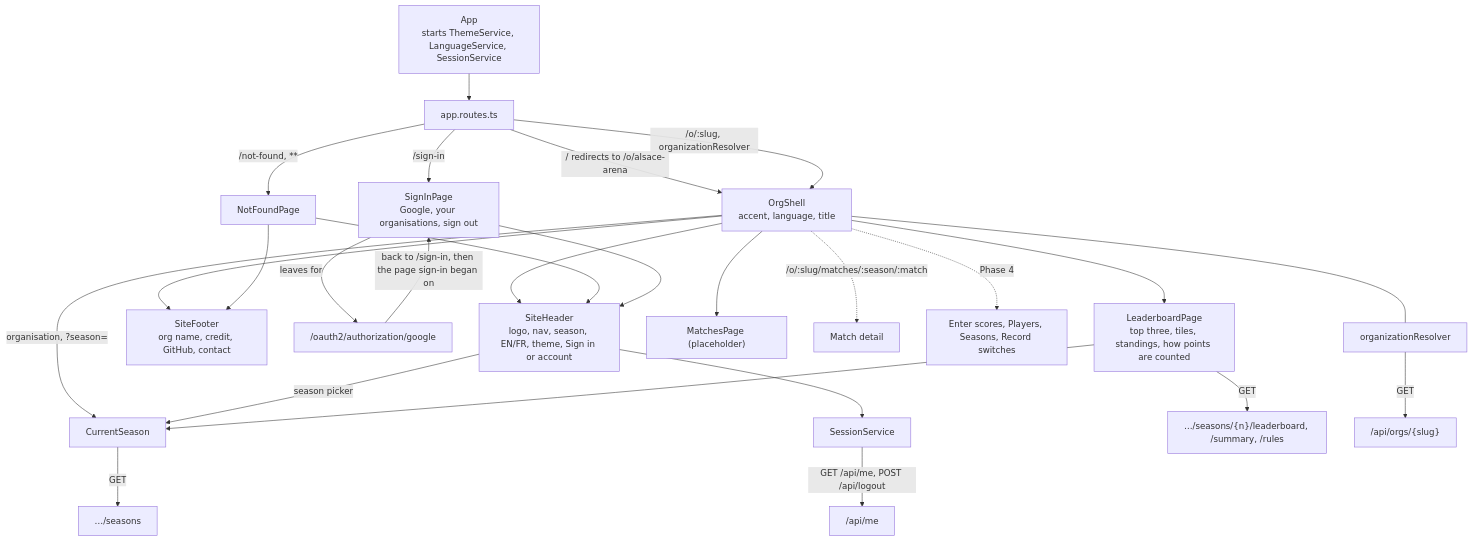
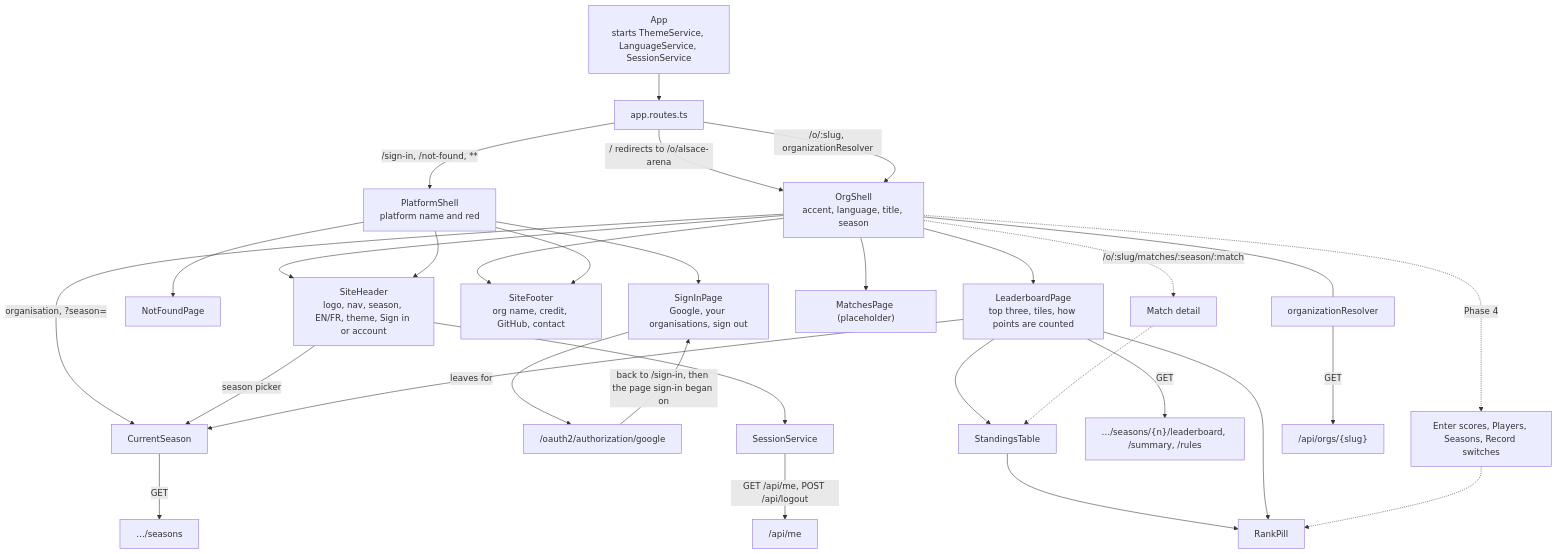
Before and after one commit to irmahs-labs/tournament-leaderboard: the sixth of 7 diagrams in docs/context-graph.md, drawn with Mermaid. The commit also changed other lines of this file and 53 other files, not shown here.

````diff
--- a/docs/context-graph.md
+++ b/docs/context-graph.md
@@ -146,27 +148,32 @@
 ```mermaid
 flowchart TD
     app[App<br/>starts ThemeService, LanguageService, SessionService] --> routes[app.routes.ts]
     routes -->|"/ redirects to /o/alsace-arena"| shell
-    routes -->|"/o/:slug, organizationResolver"| shell[OrgShell<br/>accent, language, title]
-    routes -->|"/not-found, **"| nf[NotFoundPage]
-    routes -->|"/sign-in"| si[SignInPage<br/>Google, your organisations, sign out]
+    routes -->|"/o/:slug, organizationResolver"| shell[OrgShell<br/>accent, language, title, season]
+    routes -->|"/sign-in, /not-found, **"| platform[PlatformShell<br/>platform name and red]
+    platform --> si[SignInPage<br/>Google, your organisations, sign out]
+    platform --> nf[NotFoundPage]
     shell --> header[SiteHeader<br/>logo, nav, season, EN/FR, theme, Sign in or account]
     shell --> footer[SiteFooter<br/>org name, credit, GitHub, contact]
+    platform --> header
+    platform --> footer
     shell -->|"organisation, ?season="| current[CurrentSeason]
     current -->|GET| seasonsApi["…/seasons"]
     header -->|season picker| current
-    nf --> header
-    nf --> footer
-    si --> header
     si -->|"leaves for"| google["/oauth2/authorization/google"]
     google -->|"back to /sign-in, then the page sign-in began on"| si
     header --> session[SessionService] -->|GET /api/me, POST /api/logout| meApi["/api/me"]
-    shell --> lb["LeaderboardPage<br/>top three, tiles, standings, how points are counted"]
+    shell --> lb["LeaderboardPage<br/>top three, tiles, how points are counted"]
+    lb --> table[StandingsTable]
     lb --> current
     lb -->|GET| lbApi["…/seasons/{n}/leaderboard, /summary, /rules"]
+    table --> pill[RankPill]
+    lb --> pill
     shell --> mt["MatchesPage (placeholder)"]
     shell -.->|"/o/:slug/matches/:season/:match"| md[Match detail]
+    md -.-> table
     shell -.->|Phase 4| adm[Enter scores, Players, Seasons, Record switches]
+    adm -.-> pill
     resolver[organizationResolver] -->|GET| orgApi["/api/orgs/{slug}"]
     shell --- resolver
 ```
````
